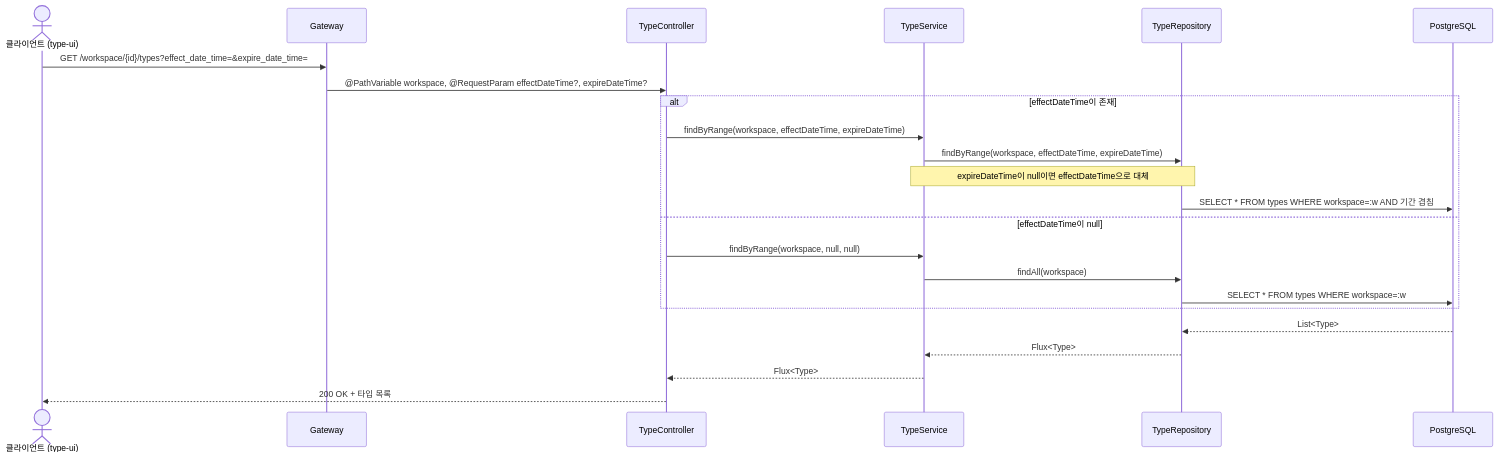
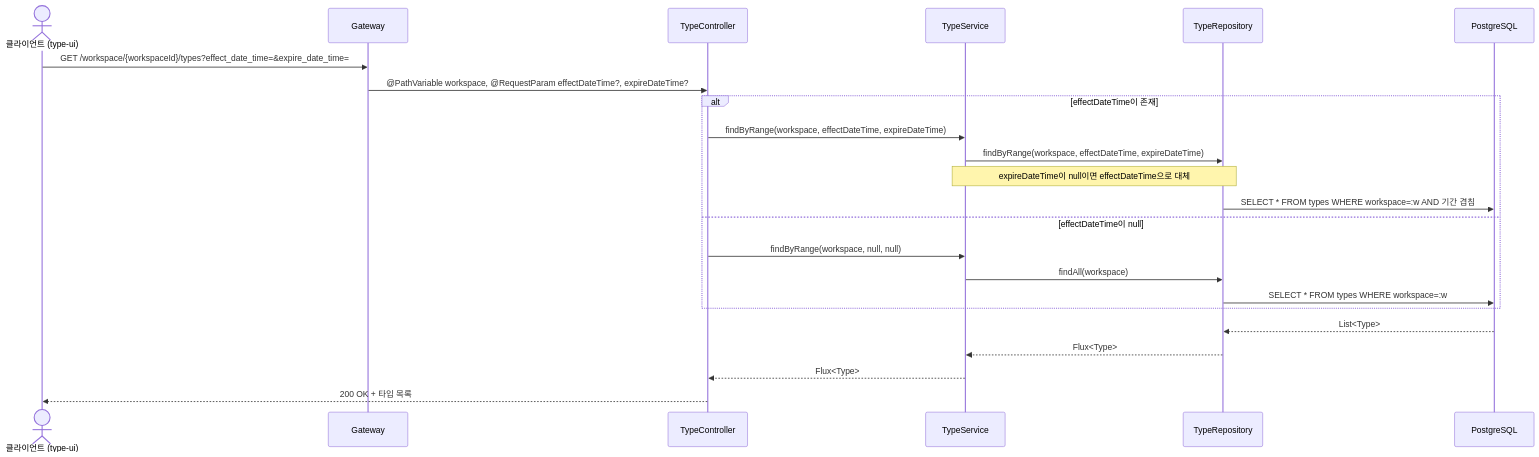
The first of 3 diagrams in search-type/USECASE.md (sayaya1090/handbook), drawn with Mermaid before and after one commit. The commit also changed other lines of this file and 39 other files, not shown here.

````diff
--- a/search-type/USECASE.md
+++ b/search-type/USECASE.md
@@ -5,26 +5,26 @@
 ```mermaid
 sequenceDiagram
     actor Client as 클라이언트 (type-ui)
     participant GW as Gateway
     participant Ctrl as TypeController
     participant Svc as TypeService
     participant Repo as TypeRepository
     participant DB as PostgreSQL
 
-    Client->>GW: GET /workspace/{id}/types?effect_date_time=&expire_date_time=
+    Client->>GW: GET /workspace/{workspaceId}/types?effect_date_time=&expire_date_time=
     GW->>Ctrl: @PathVariable workspace, @RequestParam effectDateTime?, expireDateTime?
     alt effectDateTime이 존재
         Ctrl->>Svc: findByRange(workspace, effectDateTime, expireDateTime)
         Svc->>Repo: findByRange(workspace, effectDateTime, expireDateTime)
         Note over Svc,Repo: expireDateTime이 null이면 effectDateTime으로 대체
         Repo->>DB: SELECT * FROM types WHERE workspace=:w AND 기간 겹침
     else effectDateTime이 null
         Ctrl->>Svc: findByRange(workspace, null, null)
         Svc->>Repo: findAll(workspace)
         Repo->>DB: SELECT * FROM types WHERE workspace=:w
     end
     DB-->>Repo: List<Type>
     Repo-->>Svc: Flux<Type>
     Svc-->>Ctrl: Flux<Type>
     Ctrl-->>Client: 200 OK + 타입 목록
 ```
````
